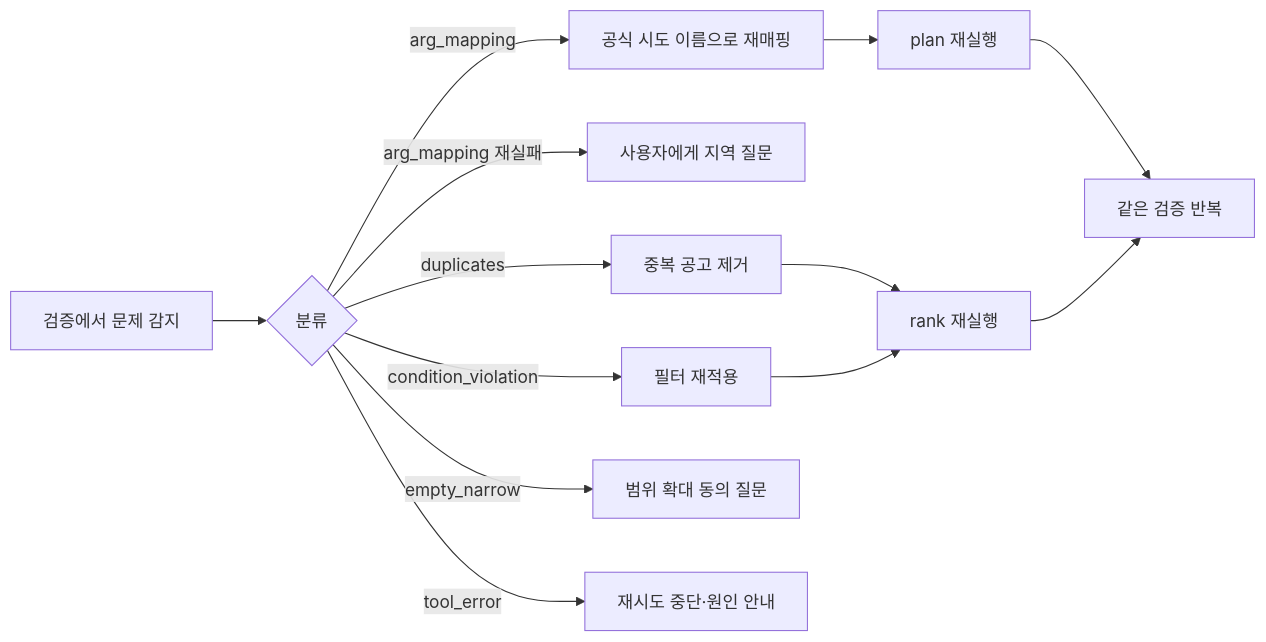
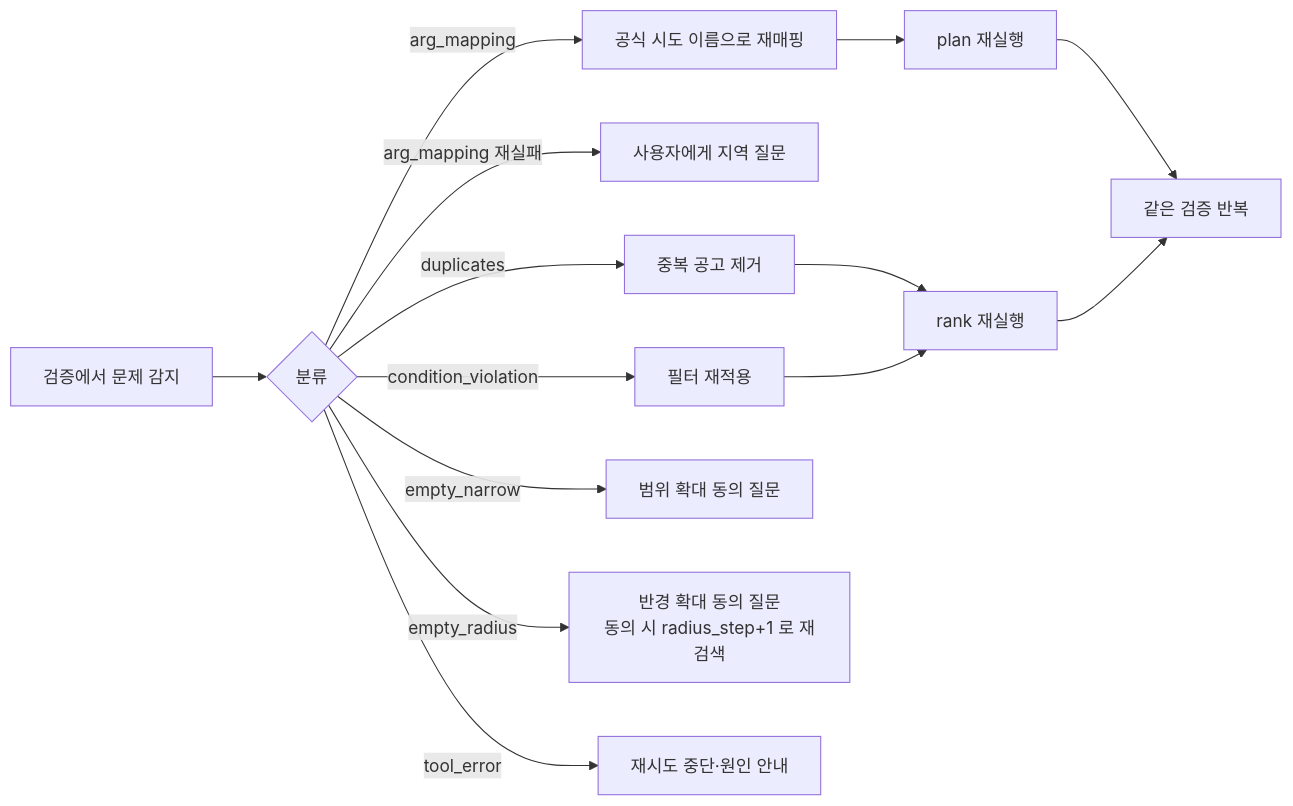
The third of 3 diagrams in docs/architecture.md (aio-03-p2-team1/aio-03-p2-team1), drawn with Mermaid before and after one commit. The commit also changed other lines of this file and 13 other files, not shown here.

````diff
--- a/docs/architecture.md
+++ b/docs/architecture.md
@@ -137,12 +142,13 @@
 ```mermaid
 flowchart LR
   D[검증에서 문제 감지] --> C{분류}
   C -- arg_mapping --> M[공식 시도 이름으로 재매핑] --> P[plan 재실행]
   C -- arg_mapping 재실패 --> U[사용자에게 지역 질문]
   C -- duplicates --> DD[중복 공고 제거] --> RR[rank 재실행]
   C -- condition_violation --> RF[필터 재적용] --> RR
   C -- empty_narrow --> W[범위 확대 동의 질문]
+  C -- empty_radius --> WR[반경 확대 동의 질문<br/>동의 시 radius_step+1 로 재검색]
   C -- tool_error --> STOP[재시도 중단·원인 안내]
   P --> V[같은 검증 반복]
   RR --> V
 ```
````
